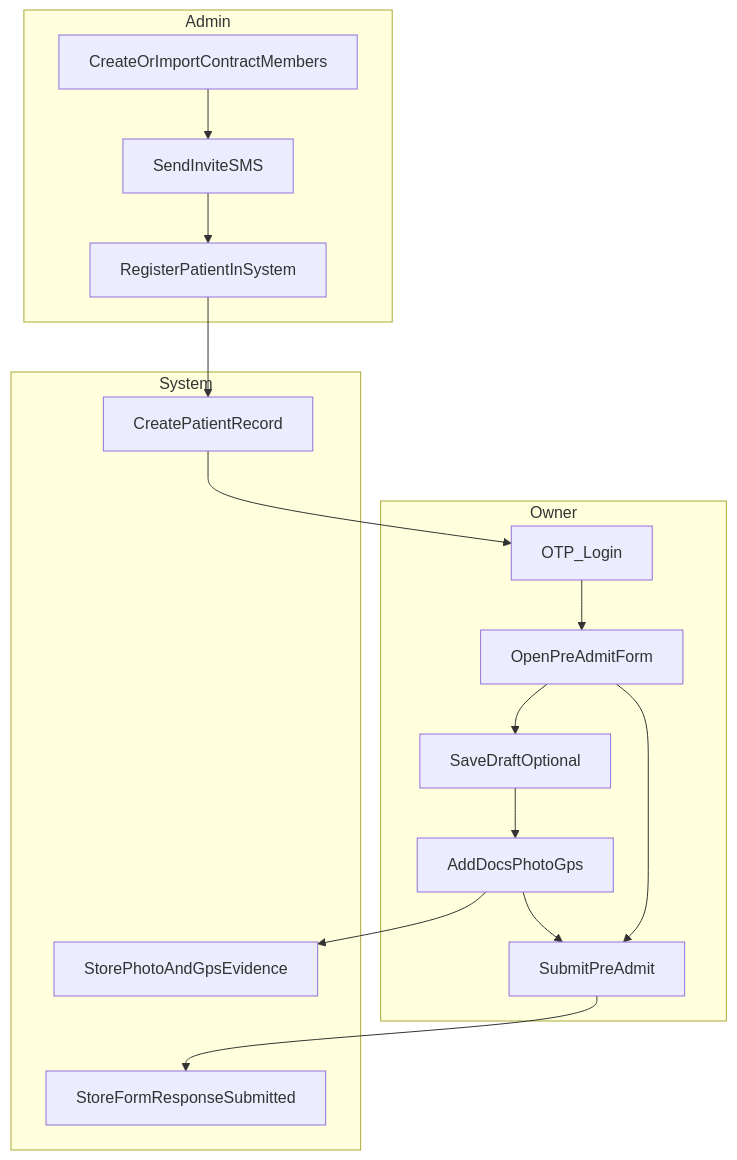
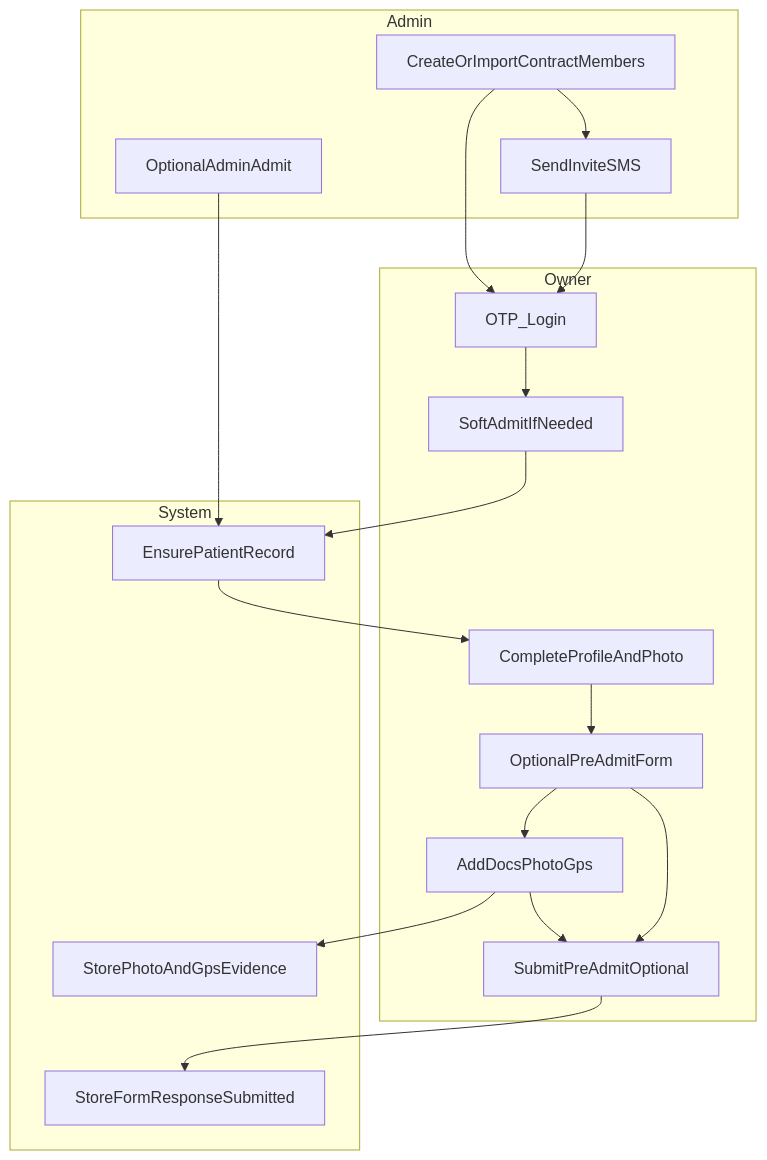
One commit to adelghaemi-arch/preAdmitClinic changed the diagram in docs/processes/activity-diagrams/01-register-to-preadmit.md. Above: the diagram before and after it, drawn with Mermaid. The commit also changed other lines of this file and 224 other files, not shown here.

First line of the commit message:
Ship Person identity, contract OTP soft-admit, file vault, package rules, and clinic UI/API hardening.

````diff
--- a/docs/processes/activity-diagrams/01-register-to-preadmit.md
+++ b/docs/processes/activity-diagrams/01-register-to-preadmit.md
@@ -22,28 +30,34 @@
 ```mermaid
 flowchart TB
   subgraph adminLane [Admin]
     A1[CreateOrImportContractMembers]
     A2[SendInviteSMS]
-    A3[RegisterPatientInSystem]
+    A3[OptionalAdminAdmit]
   end
 
   subgraph ownerLane [Owner]
     O1[OTP_Login]
-    O2[OpenPreAdmitForm]
-    O3[SaveDraftOptional]
+    O1b[SoftAdmitIfNeeded]
+    O2[CompleteProfileAndPhoto]
+    O3[OptionalPreAdmitForm]
     O4[AddDocsPhotoGps]
-    O5[SubmitPreAdmit]
+    O5[SubmitPreAdmitOptional]
   end
 
   subgraph systemLane [System]
-    S1[CreatePatientRecord]
+    S1[EnsurePatientRecord]
     S2[StoreFormResponseSubmitted]
     S3[StorePhotoAndGpsEvidence]
   end
 
-  A1 --> A2 --> A3 --> S1 --> O1 --> O2
-  O2 --> O3 --> O4 --> O5
-  O2 --> O5
+  A1 --> A2
+  A1 --> O1
+  A2 --> O1
+  A3 --> S1
+  O1 --> O1b --> S1 --> O2
+  O2 --> O3
+  O3 --> O4 --> O5
+  O3 --> O5
   O4 --> S3
   O5 --> S2
 ```
````
